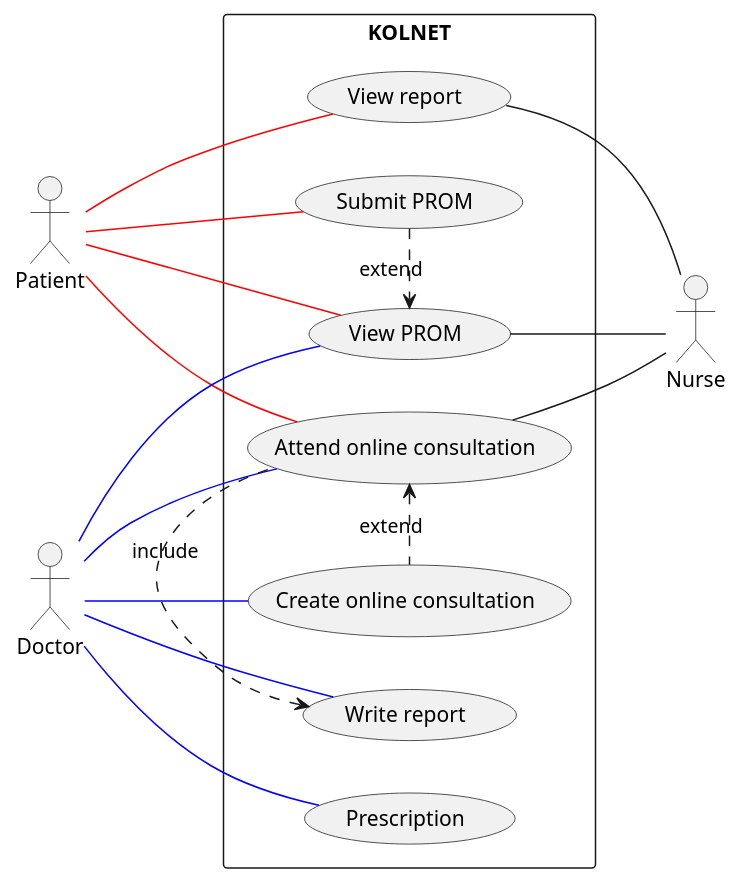
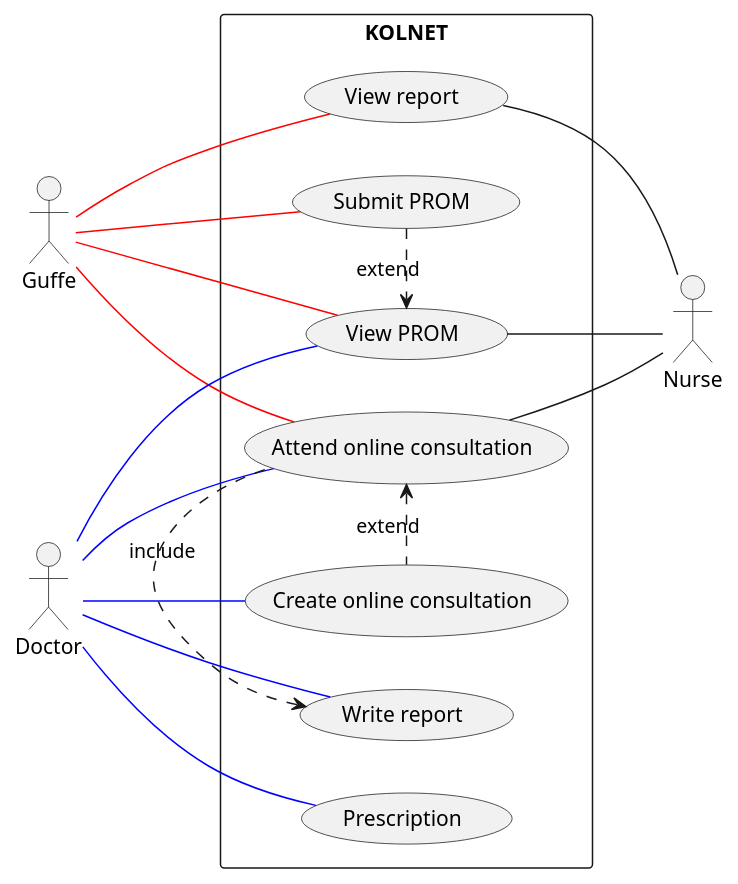
The diagram in Use case - Iteration 1.puml (Purreskov/Softwareudvikling---Github), drawn with PlantUML before and after one commit. The commit also changed 2 other files, not shown here.

Commit message:
Jeg har tilføjet lidt til class diagram

```diff
--- a/Use case - Iteration 1.puml
+++ b/Use case - Iteration 1.puml
@@ -1,36 +1,36 @@
 @startuml
 left to right direction
-:Patient: as pt
+:Guffe: as pt
 :Doctor: as dc
 :Nurse: as nr
 
 rectangle KOLNET {
 (Prescription) as ps
 (Create online consultation) as ca
 (Attend online consultation) as aa
 (View report) as VR
 (Write report) as ER
 (Submit PROM) as S.PROM
 (View PROM) as V.PROM
 
 pt - S.PROM #line:red
 pt -- V.PROM #line:red
 pt -- aa #line:red
 pt -- VR #line:red
 dc -- V.PROM #line:blue
 dc -- ps #line:blue
 dc -- ER #line:blue
 dc -- ca #line:blue
 dc -- aa #line:blue
 V.PROM -- nr
 VR -- nr
 aa -- nr
 aa <. ca : extend
 S.PROM .> V.PROM :extend
 ER <. aa :include
 }
 
 
 
 
 @enduml
```
